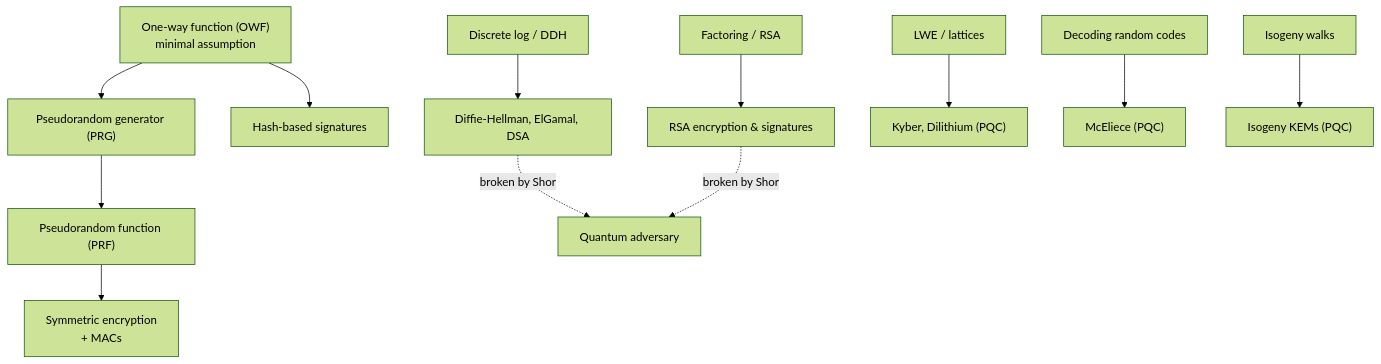
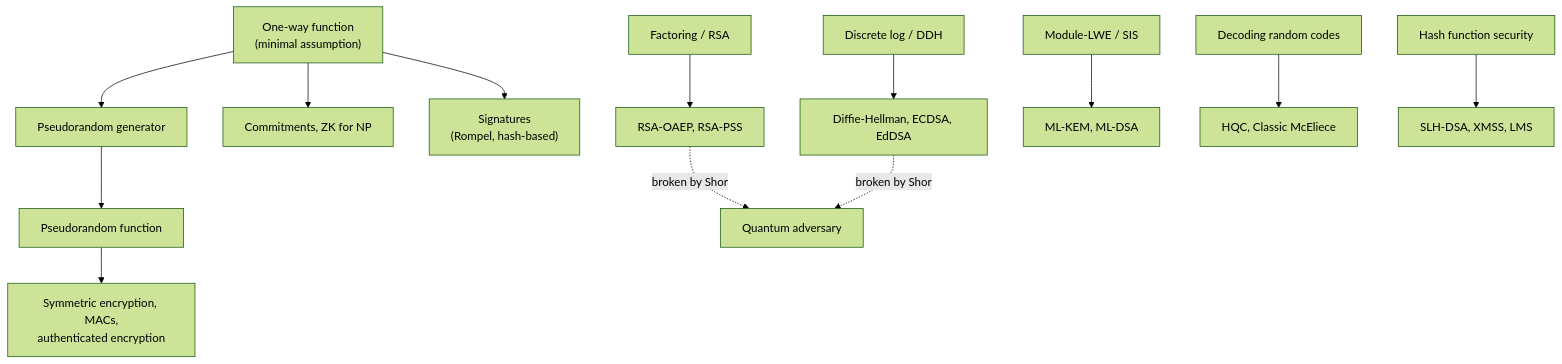
The first of 4 diagrams in github-pages/docs/advanced/cryptography.md (AndrewAltimit/Documentation), drawn with Mermaid (forest theme) before and after one commit. The commit also changed other lines of this file and 240 other files, not shown here.

````diff
--- a/github-pages/docs/advanced/cryptography.md
+++ b/github-pages/docs/advanced/cryptography.md
@@ -28,14 +39,15 @@
 ```mermaid
 flowchart TD
-    OWF["One-way function (OWF)<br/>minimal assumption"] --> PRG["Pseudorandom generator (PRG)"]
-    PRG --> PRF["Pseudorandom function (PRF)"]
-    PRF --> SKE["Symmetric encryption<br/>+ MACs"]
-    OWF --> SIG["Hash-based signatures"]
-    FACT["Factoring / RSA"] --> PKE1["RSA encryption & signatures"]
-    DLOG["Discrete log / DDH"] --> PKE2["Diffie-Hellman, ElGamal, DSA"]
-    LWE["LWE / lattices"] --> PKE3["Kyber, Dilithium (PQC)"]
-    CODE["Decoding random codes"] --> PKE4["McEliece (PQC)"]
-    ISO["Isogeny walks"] --> PKE5["Isogeny KEMs (PQC)"]
-    PKE2 -. "broken by Shor" .-> Q["Quantum adversary"]
-    PKE1 -. "broken by Shor" .-> Q
+    OWF["One-way function<br/>(minimal assumption)"] --> PRG["Pseudorandom generator"]
+    PRG --> PRF["Pseudorandom function"]
+    PRF --> SKE["Symmetric encryption, MACs,<br/>authenticated encryption"]
+    OWF --> COM["Commitments, ZK for NP"]
+    OWF --> HSIG["Signatures<br/>(Rompel, hash-based)"]
+    FACT["Factoring / RSA"] --> PK1["RSA-OAEP, RSA-PSS"]
+    DLOG["Discrete log / DDH"] --> PK2["Diffie-Hellman, ECDSA, EdDSA"]
+    LWE["Module-LWE / SIS"] --> PK3["ML-KEM, ML-DSA"]
+    CODE["Decoding random codes"] --> PK4["HQC, Classic McEliece"]
+    HASH["Hash function security"] --> PK5["SLH-DSA, XMSS, LMS"]
+    PK1 -. "broken by Shor" .-> Q["Quantum adversary"]
+    PK2 -. "broken by Shor" .-> Q
 ```
````
